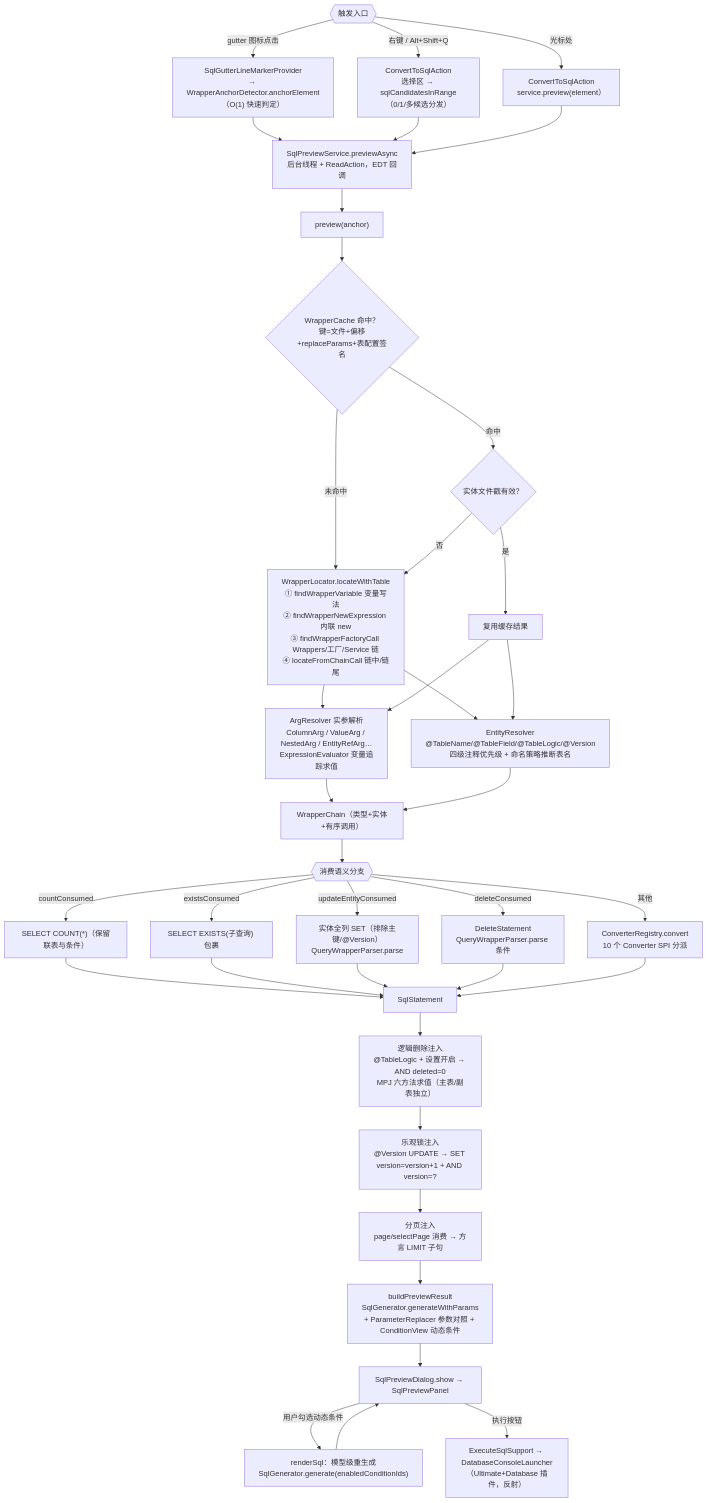
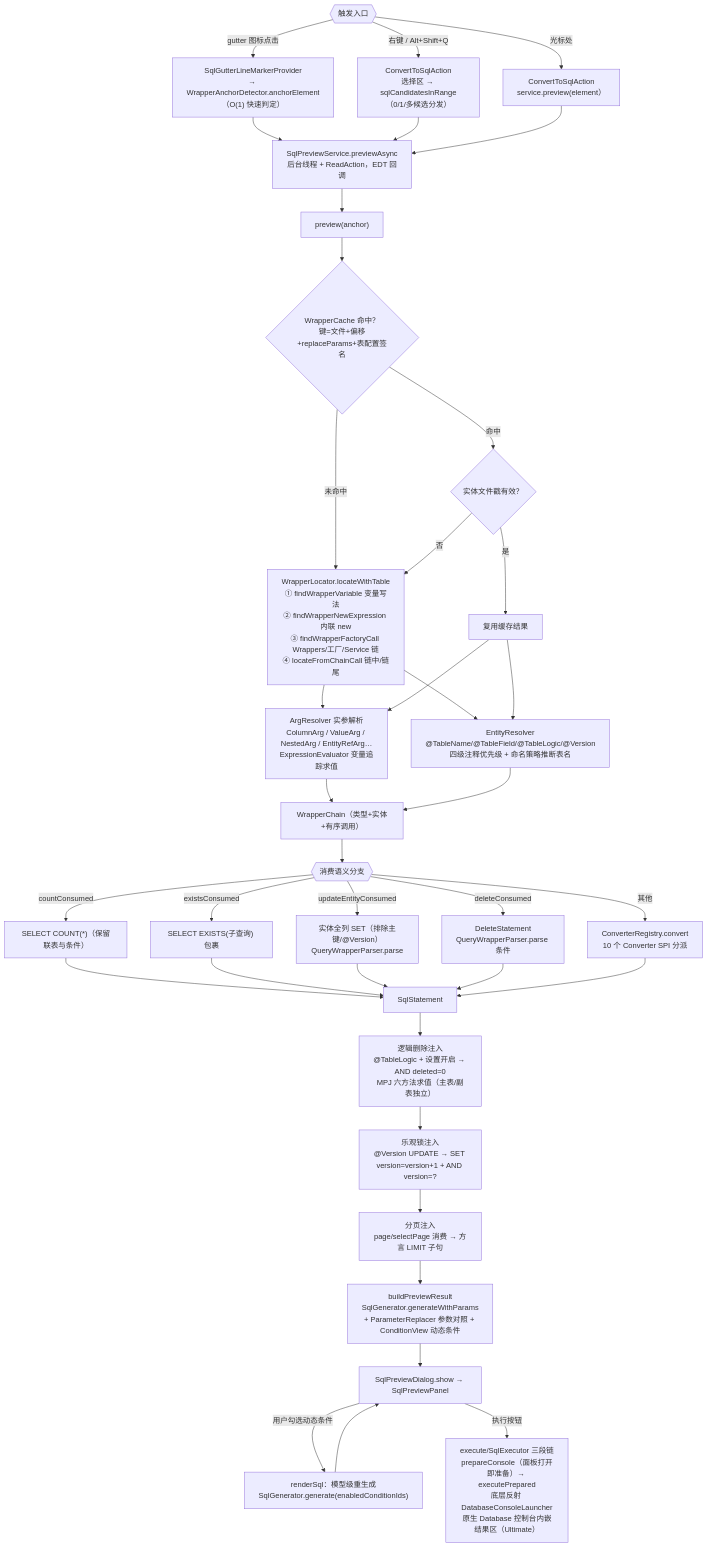
The second of 12 diagrams in docs/架构设计/02-核心流程详解.md (JayF211/mybatis-plus-sql-visualizer), drawn with Mermaid before and after one commit. The commit also changed other lines of this file and 3 other files, not shown here.

````diff
--- a/docs/架构设计/02-核心流程详解.md
+++ b/docs/架构设计/02-核心流程详解.md
@@ -38,46 +40,46 @@
 ```mermaid
 flowchart TD
     TRIGGER{{"触发入口"}}
     TRIGGER -->|"gutter 图标点击"| G1["SqlGutterLineMarkerProvider<br/>→ WrapperAnchorDetector.anchorElement（O(1) 快速判定）"]
     TRIGGER -->|"右键 / Alt+Shift+Q"| A1["ConvertToSqlAction<br/>选择区 → sqlCandidatesInRange（0/1/多候选分发）"]
     TRIGGER -->|"光标处"| A2["ConvertToSqlAction<br/>service.preview(element）"]
 
     G1 --> ASYNC["SqlPreviewService.previewAsync<br/>后台线程 + ReadAction，EDT 回调"]
     A1 --> ASYNC
     A2 --> ASYNC
 
     ASYNC --> P["preview(anchor)"]
     P --> CACHE{"WrapperCache 命中？<br/>键=文件+偏移+replaceParams+表配置签名"}
     CACHE -->|"未命中"| LOC["WrapperLocator.locateWithTable<br/>① findWrapperVariable 变量写法<br/>② findWrapperNewExpression 内联 new<br/>③ findWrapperFactoryCall Wrappers/工厂/Service 链<br/>④ locateFromChainCall 链中/链尾"]
     CACHE -->|"命中"| EFV{"实体文件戳有效？"}
     EFV -->|"否"| LOC
     EFV -->|"是"| LOC2["复用缓存结果"]
     LOC --> ARG["ArgResolver 实参解析<br/>ColumnArg / ValueArg / NestedArg / EntityRefArg…<br/>ExpressionEvaluator 变量追踪求值"]
     LOC2 --> ARG
     LOC --> ENT["EntityResolver<br/>@TableName/@TableField/@TableLogic/@Version<br/>四级注释优先级 + 命名策略推断表名"]
     LOC2 --> ENT
     ARG --> CHAIN["WrapperChain（类型+实体+有序调用）"]
     ENT --> CHAIN
 
     CHAIN --> SEM{{"消费语义分支"}}
     SEM -->|"countConsumed"| B1["SELECT COUNT(*)（保留联表与条件）"]
     SEM -->|"existsConsumed"| B2["SELECT EXISTS(子查询) 包裹"]
     SEM -->|"updateEntityConsumed"| B3["实体全列 SET（排除主键/@Version）<br/>QueryWrapperParser.parse"]
     SEM -->|"deleteConsumed"| B4["DeleteStatement<br/>QueryWrapperParser.parse 条件"]
     SEM -->|"其他"| REG["ConverterRegistry.convert<br/>10 个 Converter SPI 分派"]
     B1 --> STMT["SqlStatement"]
     B2 --> STMT
     B3 --> STMT
     B4 --> STMT
     REG --> STMT
 
     STMT --> LD["逻辑删除注入<br/>@TableLogic + 设置开启 → AND deleted=0<br/>MPJ 六方法求值（主表/副表独立）"]
     LD --> OL["乐观锁注入<br/>@Version UPDATE → SET version=version+1 + AND version=?"]
     OL --> PG["分页注入<br/>page/selectPage 消费 → 方言 LIMIT 子句"]
     PG --> RES["buildPreviewResult<br/>SqlGenerator.generateWithParams<br/>+ ParameterReplacer 参数对照 + ConditionView 动态条件"]
     RES --> DIALOG["SqlPreviewDialog.show → SqlPreviewPanel"]
 
     DIALOG -->|"用户勾选动态条件"| RGEN["renderSql：模型级重生成<br/>SqlGenerator.generate(enabledConditionIds)"]
     RGEN --> DIALOG
-    DIALOG -->|"执行按钮"| EXEC["ExecuteSqlSupport → DatabaseConsoleLauncher<br/>（Ultimate+Database 插件，反射）"]
+    DIALOG -->|"执行按钮"| EXEC["execute/SqlExecutor 三段链<br/>prepareConsole（面板打开即准备）→ executePrepared<br/>底层反射 DatabaseConsoleLauncher<br/>原生 Database 控制台内嵌结果区（Ultimate）"]
 ```
````
